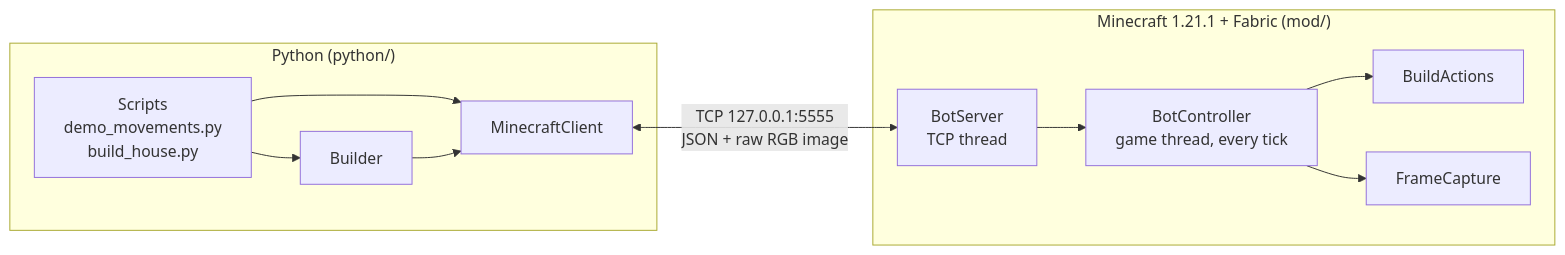
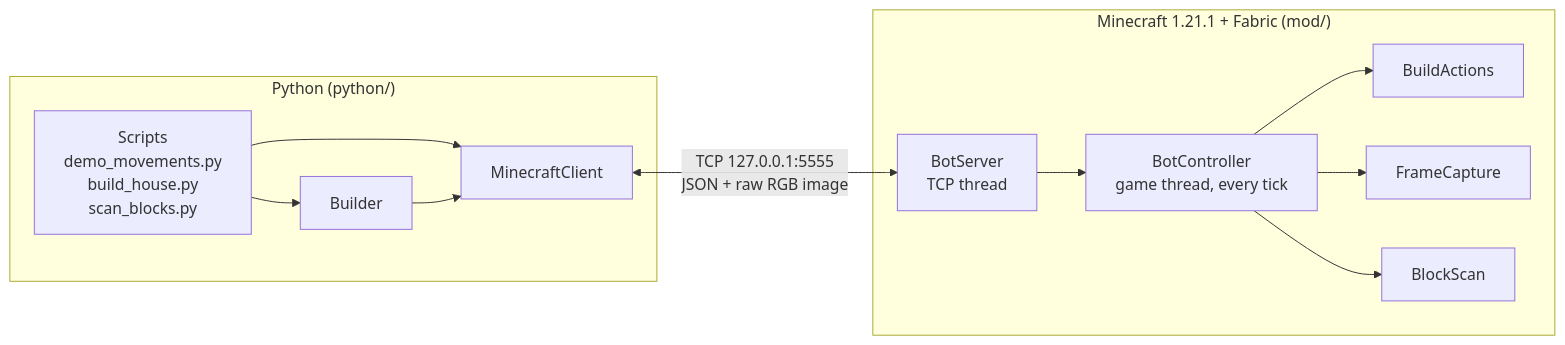
Before and after one commit to LouisMLettry/MCBot: the diagram in doc/README.md, drawn with Mermaid. The commit also changed other lines of this file and 13 other files, not shown here.

````diff
--- a/doc/README.md
+++ b/doc/README.md
@@ -19,14 +19,15 @@
 ```mermaid
 flowchart LR
     subgraph Python["Python (python/)"]
-        S["Scripts<br/>demo_movements.py<br/>build_house.py"] --> B["Builder"]
+        S["Scripts<br/>demo_movements.py<br/>build_house.py<br/>scan_blocks.py"] --> B["Builder"]
         S --> C["MinecraftClient"]
         B --> C
     end
     subgraph MC["Minecraft 1.21.1 + Fabric (mod/)"]
         SRV["BotServer<br/>TCP thread"] --> CTRL["BotController<br/>game thread, every tick"]
         CTRL --> BA["BuildActions"]
         CTRL --> FC["FrameCapture"]
+        CTRL --> BS["BlockScan"]
     end
     C <-- "TCP 127.0.0.1:5555<br/>JSON + raw RGB image" --> SRV
 ```
````
